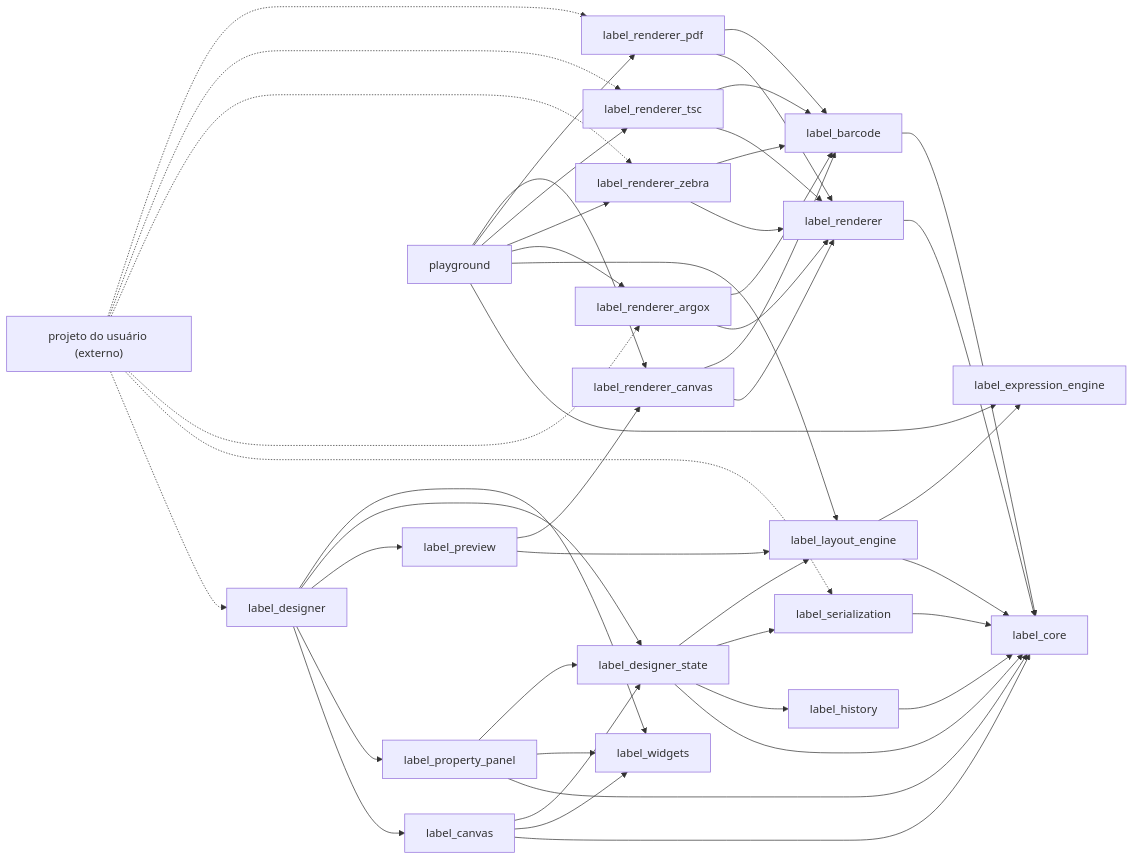
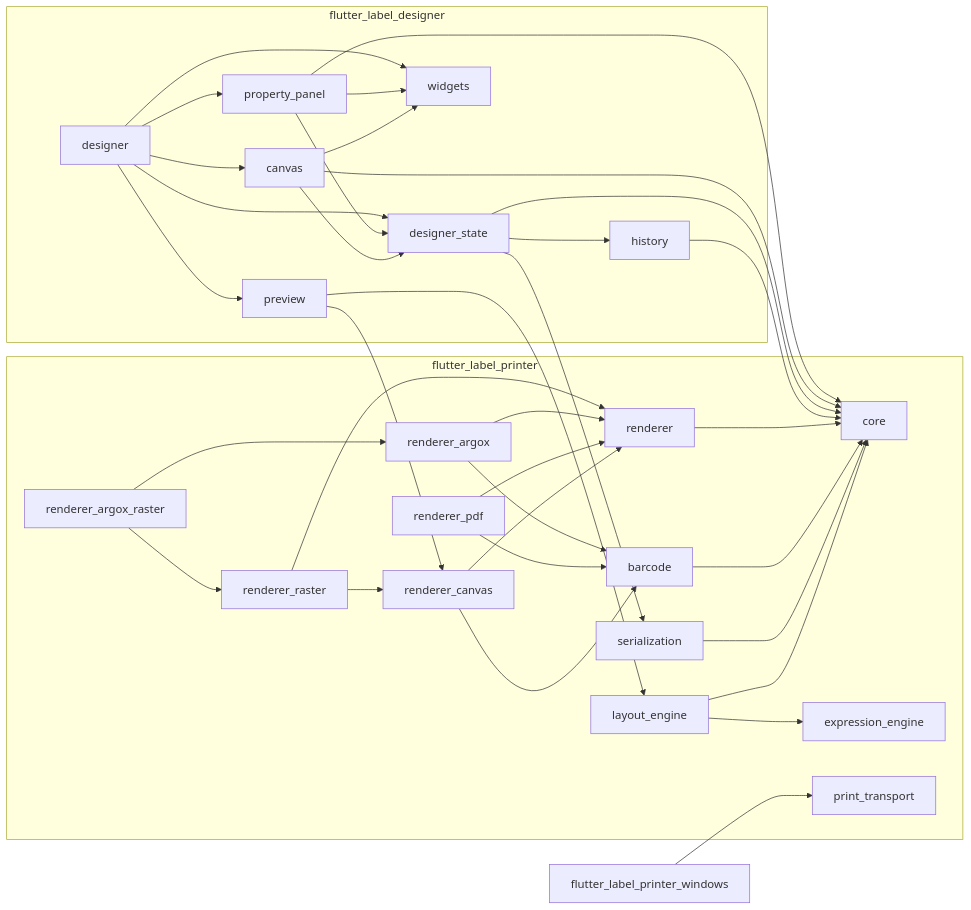
The second of 12 diagrams in docs/ARCHITECTURE.md (CarvalhoWesley/flutter_label_designer), drawn with Mermaid before and after one commit. The commit also changed other lines of this file and 12 other files, not shown here.

````diff
--- a/docs/ARCHITECTURE.md
+++ b/docs/ARCHITECTURE.md
@@ -184,70 +189,61 @@
 ```mermaid
 graph LR
-    core[label_core]
-    expr[label_expression_engine]
-    layout[label_layout_engine]
-    serial[label_serialization]
-    history[label_history]
-    barcode[label_barcode]
-    renderer[label_renderer]
-    r_canvas[label_renderer_canvas]
-    r_pdf[label_renderer_pdf]
-    r_argox[label_renderer_argox]
-    r_zebra[label_renderer_zebra]
-    r_tsc[label_renderer_tsc]
-    widgets[label_widgets]
-    state[label_designer_state]
-    canvas[label_canvas]
-    propp[label_property_panel]
-    preview[label_preview]
-    designer[label_designer]
-    play[playground]
-    userapp["projeto do usuário (externo)"]
+    subgraph Printer["flutter_label_printer"]
+        core[core]
+        expr[expression_engine]
+        layout[layout_engine]
+        serial[serialization]
+        barcode[barcode]
+        renderer[renderer]
+        r_canvas[renderer_canvas]
+        r_pdf[renderer_pdf]
+        r_raster[renderer_raster]
+        r_argox[renderer_argox]
+        r_argox_raster[renderer_argox_raster]
+        transport[print_transport]
+    end
+    subgraph Designer["flutter_label_designer"]
+        history[history]
+        state[designer_state]
+        widgets[widgets]
+        canvas[canvas]
+        propp[property_panel]
+        preview[preview]
+        designer[designer]
+    end
+    win[flutter_label_printer_windows]
 
     layout --> core
     layout --> expr
     serial --> core
-    history --> core
     barcode --> core
     renderer --> core
     r_canvas --> renderer
     r_canvas --> barcode
     r_pdf --> renderer
     r_pdf --> barcode
     r_argox --> renderer
     r_argox --> barcode
-    r_zebra --> renderer
-    r_zebra --> barcode
-    r_tsc --> renderer
-    r_tsc --> barcode
+    r_raster --> renderer
+    r_raster --> r_canvas
+    r_argox_raster --> r_raster
+    r_argox_raster --> r_argox
+    history --> core
     state --> core
     state --> history
     state --> serial
-    state --> layout
     canvas --> core
     canvas --> widgets
     canvas --> state
     propp --> core
     propp --> widgets
     propp --> state
     preview --> layout
     preview --> r_canvas
     designer --> canvas
     designer --> propp
     designer --> preview
     designer --> state
     designer --> widgets
-    userapp -.-> designer
-    userapp -.-> serial
-    userapp -.-> r_argox
-    userapp -.-> r_zebra
-    userapp -.-> r_tsc
-    userapp -.-> r_pdf
-    play --> expr
-    play --> layout
-    play --> r_argox
-    play --> r_zebra
-    play --> r_tsc
-    play --> r_pdf
-    play --> r_canvas
+    win --> transport
 ```
````
